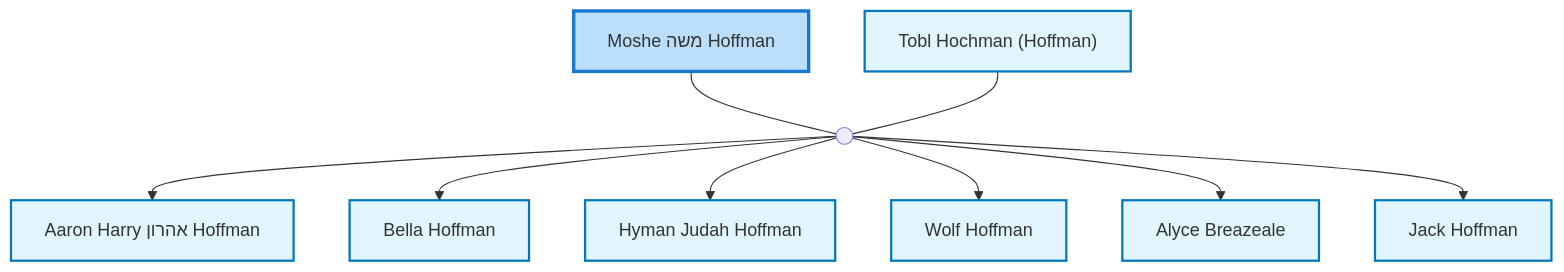
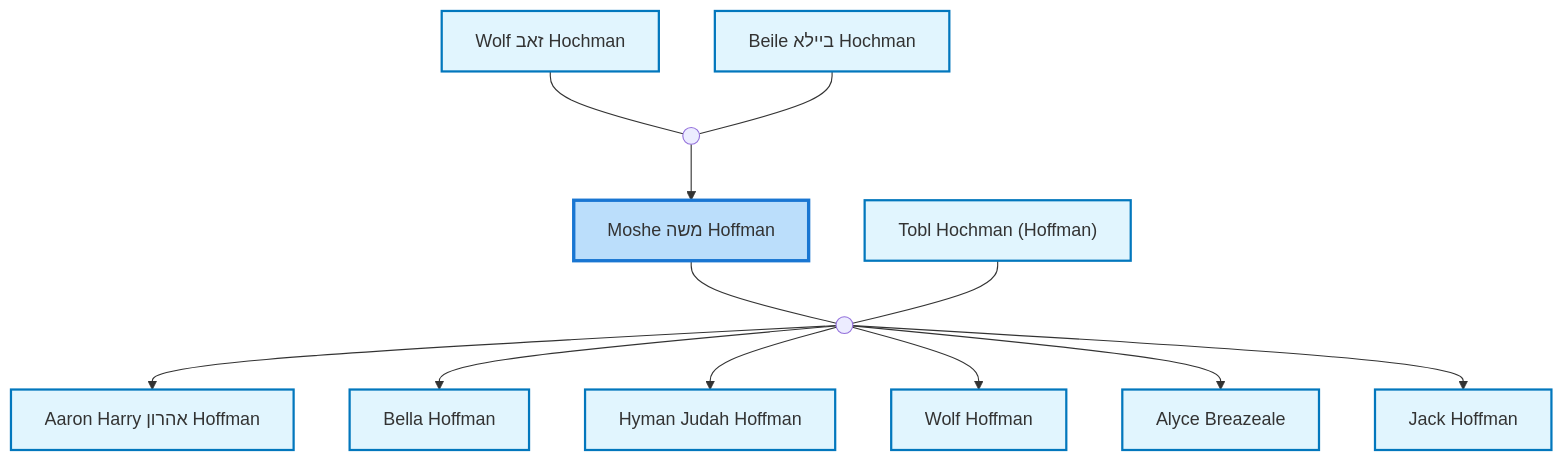
Before and after one commit to moshehoff/FamilyHistory: the first of 3 diagrams in site/content/profiles/Moshe משה Hoffman.md, drawn with Mermaid. The commit also changed other lines of this file and 133 other files, not shown here.

Commit message:
Update Moshe Hoffman ID: I10 -> I11052340 and rename I38516664 biography

````diff
--- a/site/content/profiles/Moshe משה Hoffman.md
+++ b/site/content/profiles/Moshe משה Hoffman.md
@@ -22,39 +22,49 @@
 ```mermaid
 flowchart TD
 classDef person fill:#e1f5fe,stroke:#0277bd,stroke-width:2px;
 classDef internal-link fill:#e1f5fe,stroke:#0277bd,stroke-width:2px;
 classDef current fill:#bbdefb,stroke:#1976d2,stroke-width:3px;
-idI10["Moshe משה Hoffman"]
-class idI10 current
-click idI10 "../profiles/Moshe-%D7%9E%D7%A9%D7%94-Hoffman" "Moshe משה Hoffman"
-idI11["Tobl Hochman (Hoffman)"]
-class idI11 internal-link
-click idI11 "../profiles/Tobl-Hochman-%28Hoffman%29" "Tobl Hochman (Hoffman)"
-marriage_idF3((" "))
-idI10 --- marriage_idF3
-idI11 --- marriage_idF3
-idI12["Aaron Harry אהרון Hoffman"]
-class idI12 internal-link
-click idI12 "../profiles/Aaron-Harry-%D7%90%D7%94%D7%A8%D7%95%D7%9F-Hoffman" "Aaron Harry אהרון Hoffman"
-marriage_idF3 --> idI12
-idI13["Bella Hoffman"]
-class idI13 internal-link
-click idI13 "../profiles/Bella-Hoffman" "Bella Hoffman"
-marriage_idF3 --> idI13
-idI2["Hyman Judah Hoffman"]
-class idI2 internal-link
-click idI2 "../profiles/Hyman-Judah-Hoffman" "Hyman Judah Hoffman"
-marriage_idF3 --> idI2
-idI14["Wolf Hoffman"]
-class idI14 internal-link
-click idI14 "../profiles/Wolf-Hoffman" "Wolf Hoffman"
-marriage_idF3 --> idI14
-idI15["Alyce Breazeale"]
-class idI15 internal-link
-click idI15 "../profiles/Alyce-Breazeale" "Alyce Breazeale"
-marriage_idF3 --> idI15
-idI16["Jack Hoffman"]
-class idI16 internal-link
-click idI16 "../profiles/Jack-Hoffman" "Jack Hoffman"
-marriage_idF3 --> idI16
+idI11052340["Moshe משה Hoffman"]
+class idI11052340 current
+click idI11052340 "../profiles/Moshe-%D7%9E%D7%A9%D7%94-Hoffman" "Moshe משה Hoffman"
+idI11032885["Wolf זאב Hochman"]
+class idI11032885 internal-link
+click idI11032885 "../profiles/Wolf-%D7%96%D7%90%D7%91-Hochman" "Wolf זאב Hochman"
+idI11032895["Beile ביילא Hochman"]
+class idI11032895 internal-link
+click idI11032895 "../profiles/Beile-%D7%91%D7%99%D7%99%D7%9C%D7%90-Hochman" "Beile ביילא Hochman"
+marriage_idF3770106((" "))
+idI11032885 --- marriage_idF3770106
+idI11032895 --- marriage_idF3770106
+marriage_idF3770106 --> idI11052340
+idI38735986["Tobl Hochman (Hoffman)"]
+class idI38735986 internal-link
+click idI38735986 "../profiles/Tobl-Hochman-%28Hoffman%29" "Tobl Hochman (Hoffman)"
+marriage_idF3776794((" "))
+idI11052340 --- marriage_idF3776794
+idI38735986 --- marriage_idF3776794
+idI38736184["Aaron Harry אהרון Hoffman"]
+class idI38736184 internal-link
+click idI38736184 "../profiles/Aaron-Harry-%D7%90%D7%94%D7%A8%D7%95%D7%9F-Hoffman" "Aaron Harry אהרון Hoffman"
+marriage_idF3776794 --> idI38736184
+idI38736293["Bella Hoffman"]
+class idI38736293 internal-link
+click idI38736293 "../profiles/Bella-Hoffman" "Bella Hoffman"
+marriage_idF3776794 --> idI38736293
+idI11052350["Hyman Judah Hoffman"]
+class idI11052350 internal-link
+click idI11052350 "../profiles/Hyman-Judah-Hoffman" "Hyman Judah Hoffman"
+marriage_idF3776794 --> idI11052350
+idI7293825["Wolf Hoffman"]
+class idI7293825 internal-link
+click idI7293825 "../profiles/Wolf-Hoffman" "Wolf Hoffman"
+marriage_idF3776794 --> idI7293825
+idI61277011["Alyce Breazeale"]
+class idI61277011 internal-link
+click idI61277011 "../profiles/Alyce-Breazeale" "Alyce Breazeale"
+marriage_idF3776794 --> idI61277011
+idI38736559["Jack Hoffman"]
+class idI38736559 internal-link
+click idI38736559 "../profiles/Jack-Hoffman" "Jack Hoffman"
+marriage_idF3776794 --> idI38736559
 ```
````
